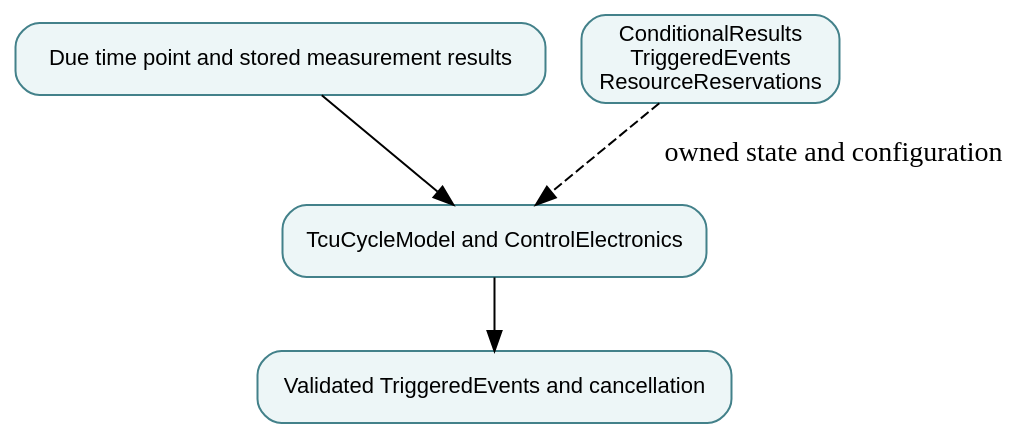
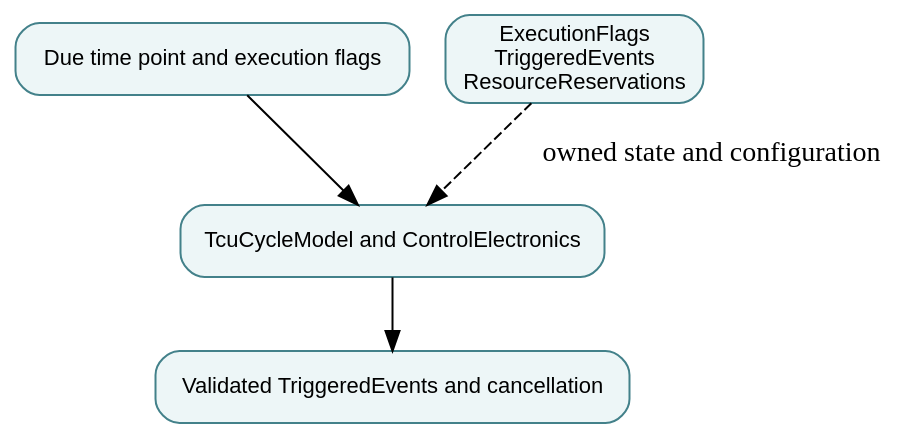
Before and after one commit to qsbit-org/qsbit-sim: the diagram in docs/modules/conditional-execution.md, drawn with Graphviz. The commit also changed other lines of this file and 92 other files, not shown here.

````diff
--- a/docs/modules/conditional-execution.md
+++ b/docs/modules/conditional-execution.md
@@ -14,11 +14,11 @@
 ```{graphviz}
 digraph module {
   rankdir=TB; bgcolor="transparent";
   node [shape=box, style="rounded,filled", fillcolor="#edf6f7", color="#43818a", fontname="sans-serif", fontsize=11];
-  input [label="Due time point and stored measurement results"];
+  input [label="Due time point and execution flags"];
   owner [label="TcuCycleModel and ControlElectronics"];
-  state [label="ConditionalResults\nTriggeredEvents\nResourceReservations"];
+  state [label="ExecutionFlags\nTriggeredEvents\nResourceReservations"];
   output [label="Validated TriggeredEvents and cancellation"];
   input -> owner; owner -> output; state -> owner [style=dashed, label="owned state and configuration"];
 }
 ```
````
